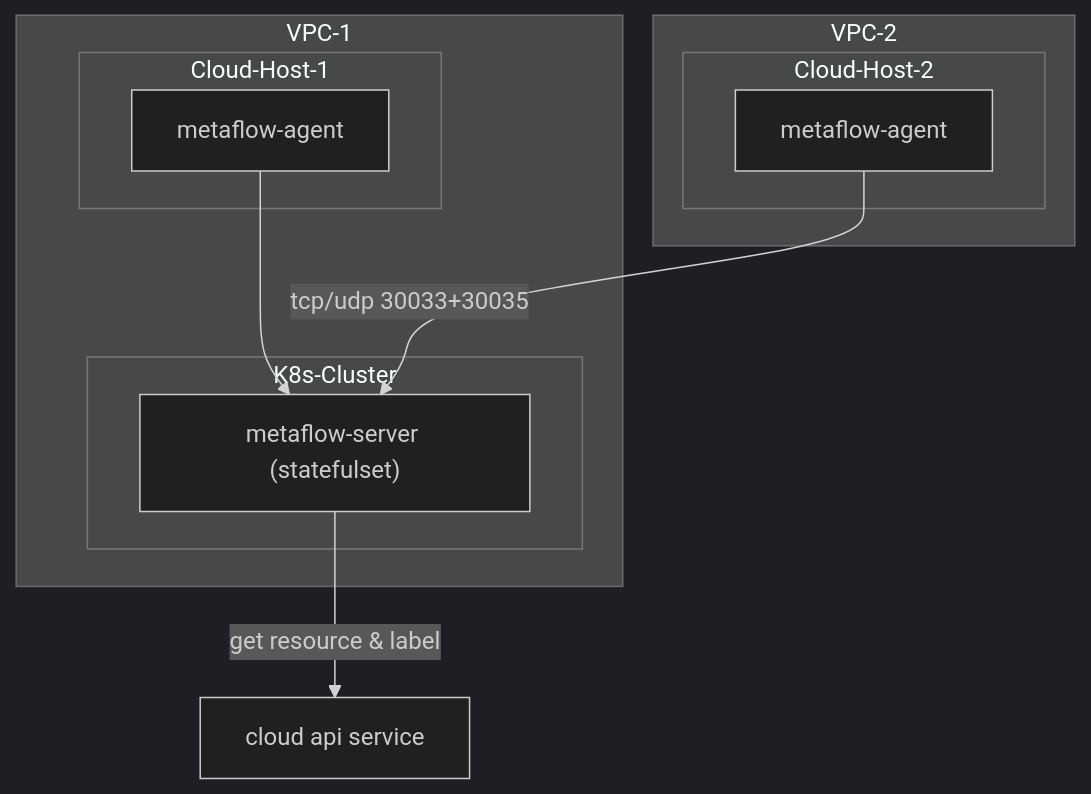
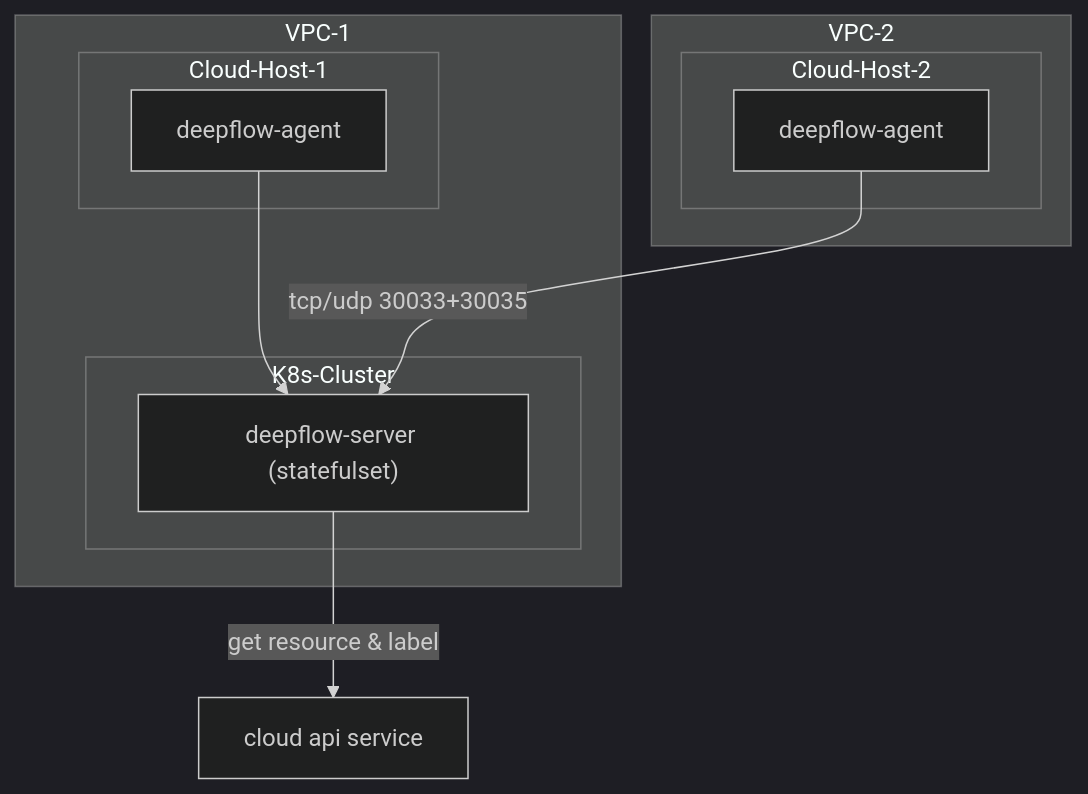
Before and after one commit to deepflowio/docs: the diagram in zh/02-install/06-cloud-host.md, drawn with Mermaid (dark theme). The commit also changed other lines of this file and 23 other files, not shown here.

Commit message:
rename metaflow to deepflow

````diff
--- a/zh/02-install/06-cloud-host.md
+++ b/zh/02-install/06-cloud-host.md
@@ -12,23 +12,23 @@
 ```mermaid
 flowchart TD
 
 subgraph VPC-1
   subgraph K8s-Cluster
-    DeepFlowServer["metaflow-server (statefulset)"]
+    DeepFlowServer["deepflow-server (statefulset)"]
   end
 
   subgraph Cloud-Host-1
-    DeepFlowAgent1[metaflow-agent]
+    DeepFlowAgent1[deepflow-agent]
     DeepFlowAgent1 --> DeepFlowServer
   end
 end
 
 subgraph VPC-2
   subgraph Cloud-Host-2
-    DeepFlowAgent2[metaflow-agent]
+    DeepFlowAgent2[deepflow-agent]
     DeepFlowAgent2 -->|"tcp/udp 30033+30035"| DeepFlowServer
   end
 end
 
 DeepFlowServer -->|"get resource & label"| CloudAPI[cloud api service]
 ```
````
